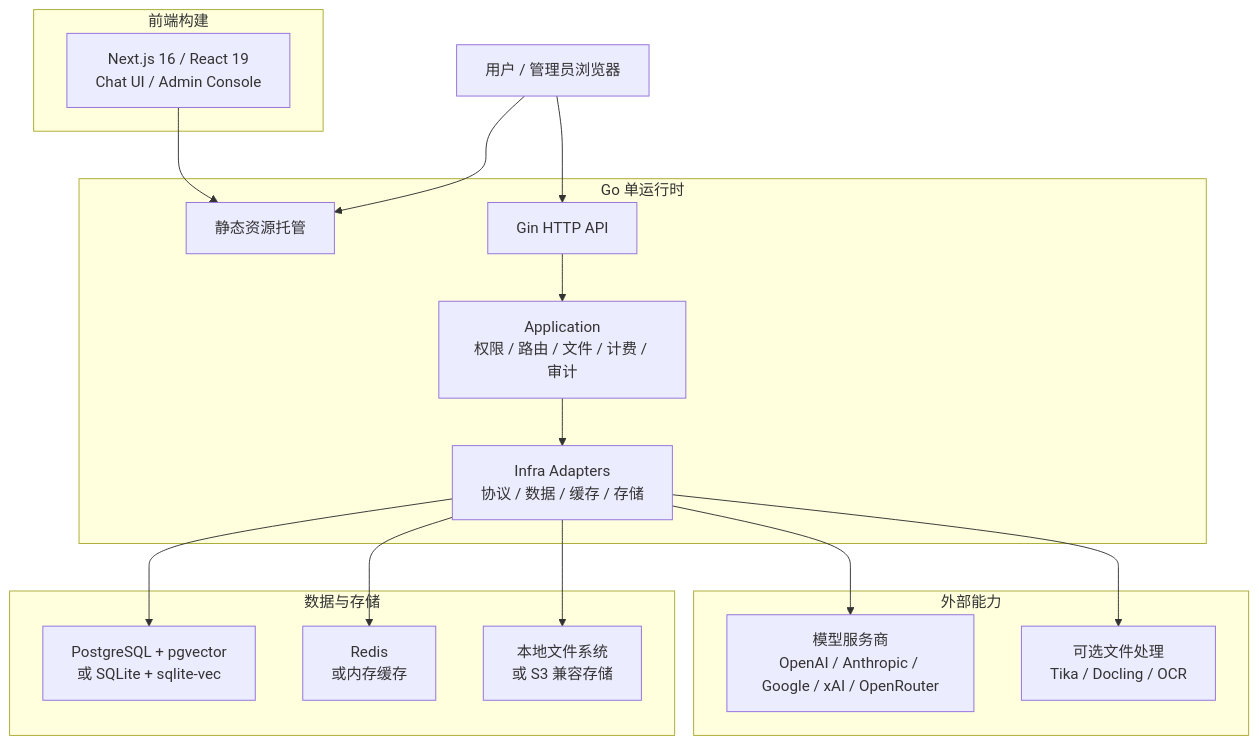
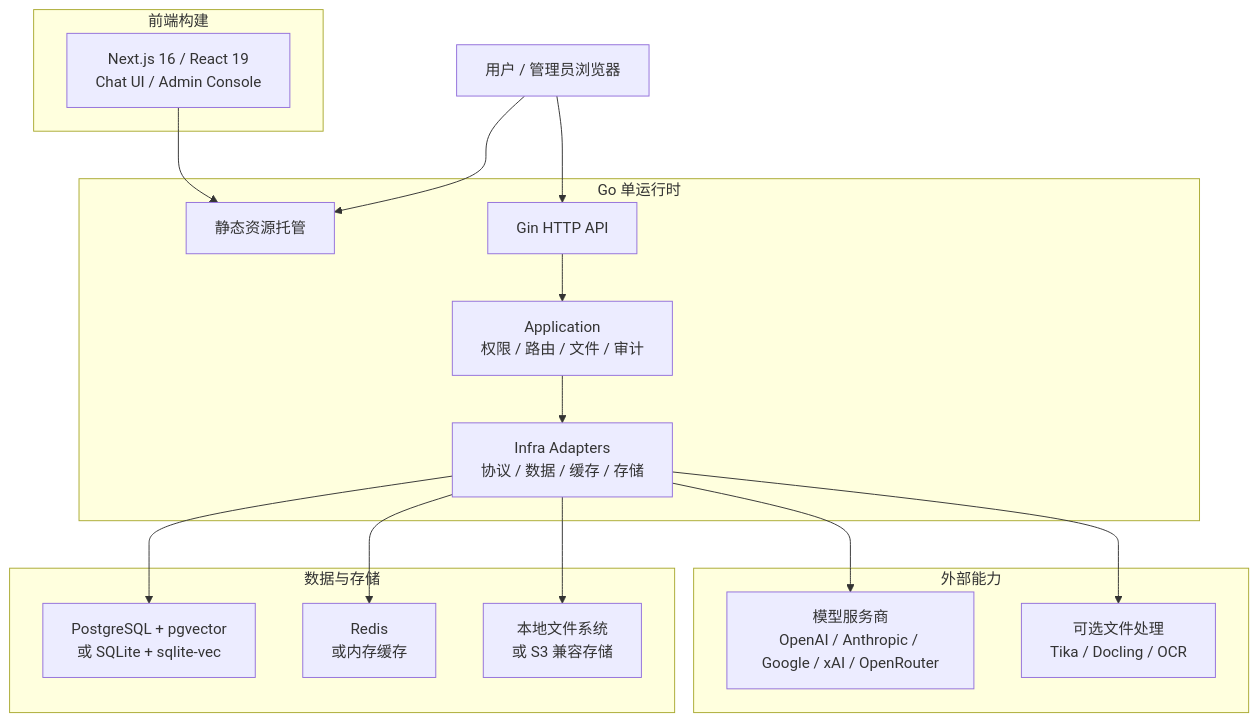
Before and after one commit to WangXingFan/CourseMate: the diagram in docs/README.zh-CN.md, drawn with Mermaid. The commit also changed other lines of this file and 11 other files, not shown here.

````diff
--- a/docs/README.zh-CN.md
+++ b/docs/README.zh-CN.md
@@ -63,37 +62,37 @@
 ```mermaid
 flowchart TB
   Browser["用户 / 管理员浏览器"]
 
   subgraph Frontend["前端构建"]
     Web["Next.js 16 / React 19<br/>Chat UI / Admin Console"]
   end
 
   subgraph Backend["Go 单运行时"]
     Static["静态资源托管"]
     HTTP["Gin HTTP API"]
-    App["Application<br/>权限 / 路由 / 文件 / 计费 / 审计"]
+    App["Application<br/>权限 / 路由 / 文件 / 审计"]
     Infra["Infra Adapters<br/>协议 / 数据 / 缓存 / 存储"]
   end
 
   subgraph External["外部能力"]
     Providers["模型服务商<br/>OpenAI / Anthropic / Google / xAI / OpenRouter"]
     Extractors["可选文件处理<br/>Tika / Docling / OCR"]
   end
 
   subgraph Data["数据与存储"]
     DB["PostgreSQL + pgvector<br/>或 SQLite + sqlite-vec"]
     Cache["Redis<br/>或内存缓存"]
     Storage["本地文件系统<br/>或 S3 兼容存储"]
   end
 
   Web --> Static
   Browser --> Static
   Browser --> HTTP
   HTTP --> App
   App --> Infra
   Infra --> Providers
   Infra --> Extractors
   Infra --> DB
   Infra --> Cache
   Infra --> Storage
 ```
````
